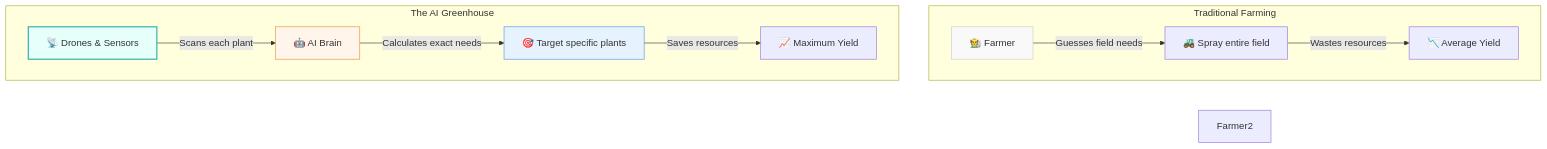
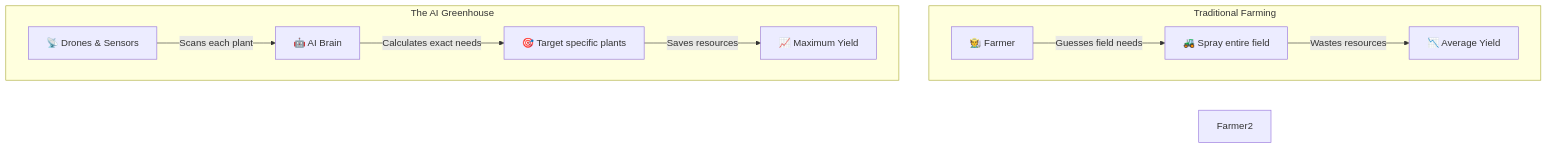
One commit to vdonthireddy/ai-knowledge-base changed the diagram in line23_agriculture_food.md. Above: the diagram before and after it, drawn with Mermaid. The commit also changed 30 other files, not shown here.

Commit message:
chore: Rename files and fix mermaid diagram styles for dark mode compatibility

````diff
--- a/line23_agriculture_food.md
+++ b/line23_agriculture_food.md
@@ -26,22 +26,18 @@
 ```mermaid
 graph TD
     subgraph Traditional Farming
         direction LR
         Farmer1[🧑‍🌾 Farmer] -->|"Guesses field needs"| Action1[🚜 Spray entire field]
         Action1 -->|"Wastes resources"| Result1[📉 Average Yield]
     end
 
     Result1 ~~~ Farmer2
 
     subgraph The AI Greenhouse
         direction LR
         Sensors[📡 Drones & Sensors] -->|"Scans each plant"| AI2[🤖 AI Brain]
         AI2 -->|"Calculates exact needs"| Action2[🎯 Target specific plants]
         Action2 -->|"Saves resources"| Result2[📈 Maximum Yield]
     end
 
-    style Farmer1 fill:#f9f9f9,stroke:#ccc
-    style Sensors fill:#e6fffa,stroke:#38b2ac,stroke-width:2px
-    style AI2 fill:#fff5eb,stroke:#ed8936
-    style Action2 fill:#e6f3ff,stroke:#4a90e2
 ```
````
